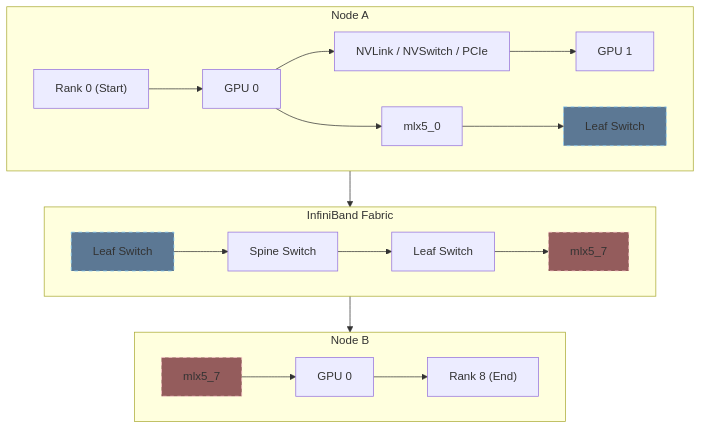
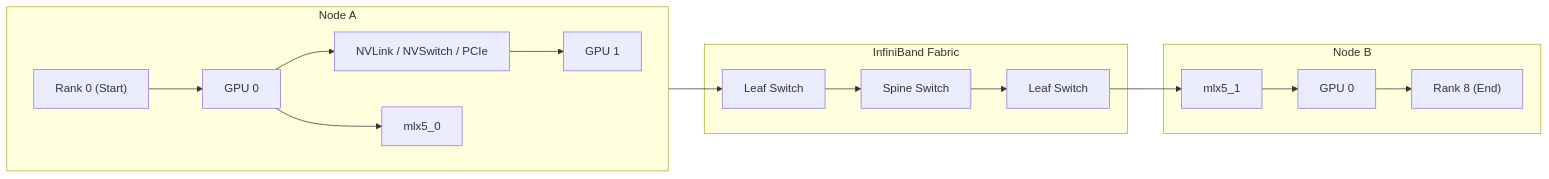
Before and after one commit to hdimmfh/hdimmfh.github.io: the second of 4 diagrams in _posts/2026-07-14-MPI_OpenSM.md, drawn with Mermaid. The commit also changed other lines of this file and 1 other file, not shown here.

````diff
--- a/_posts/2026-07-14-MPI_OpenSM.md
+++ b/_posts/2026-07-14-MPI_OpenSM.md
@@ -137,47 +132,31 @@
 ```mermaid
-flowchart TB
-    classDef dashed stroke:#87CEFA,stroke-width:1px,stroke-dasharray:5 5,fill:#5C7894;
-    classDef dashed2 stroke:#FFCDD2,stroke-width:1px,stroke-dasharray:5 5,fill:#945C5C;
+flowchart LR
 
     subgraph NODE_A["Node A"]
         direction LR
         R0["Rank 0 (Start)"]
         G0["GPU 0"]
         LOCAL["NVLink / NVSwitch / PCIe"]
         G1["GPU 1"]
         HCA0["mlx5_0"]
-        NXT1["Leaf Switch"]
 
-        class NXT1 dashed;
-
-        R0 --> G0
-        G0 --> LOCAL --> G1
+        R0 --> G0 --> LOCAL --> G1
         G0 --> HCA0
-        HCA0 --> NXT1
     end
 
     subgraph IB["InfiniBand Fabric"]
-        direction LR
-        BF1["Leaf Switch"]
+        SW1["Leaf Switch"]
         SW2["Spine Switch"]
         SW3["Leaf Switch"]
-        NXT2["mlx5_7"]
 
-        class BF1 dashed;
-        class NXT2 dashed2;
-
-        BF1 --> SW2 --> SW3 --> NXT2
+        HCA0 --> SW1 --> SW2 --> SW3
     end
 
     subgraph NODE_B["Node B"]
-        direction LR
-        BF2["mlx5_7"]
+        HCA1["mlx5_1"]
         G8["GPU 0"]
         R8["Rank 8 (End)"]
 
-        class BF2 dashed2;
-        BF2 --> G8 --> R8
+        SW3 --> HCA1 --> G8 --> R8
     end
-
-    NODE_A --> IB --> NODE_B
 ```
````
